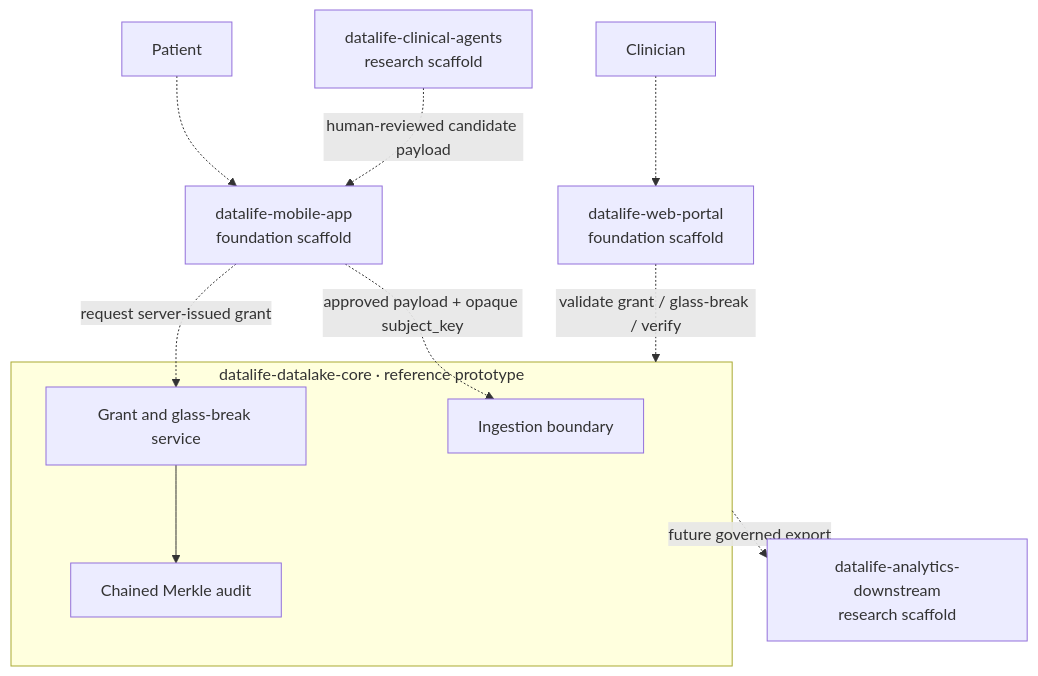
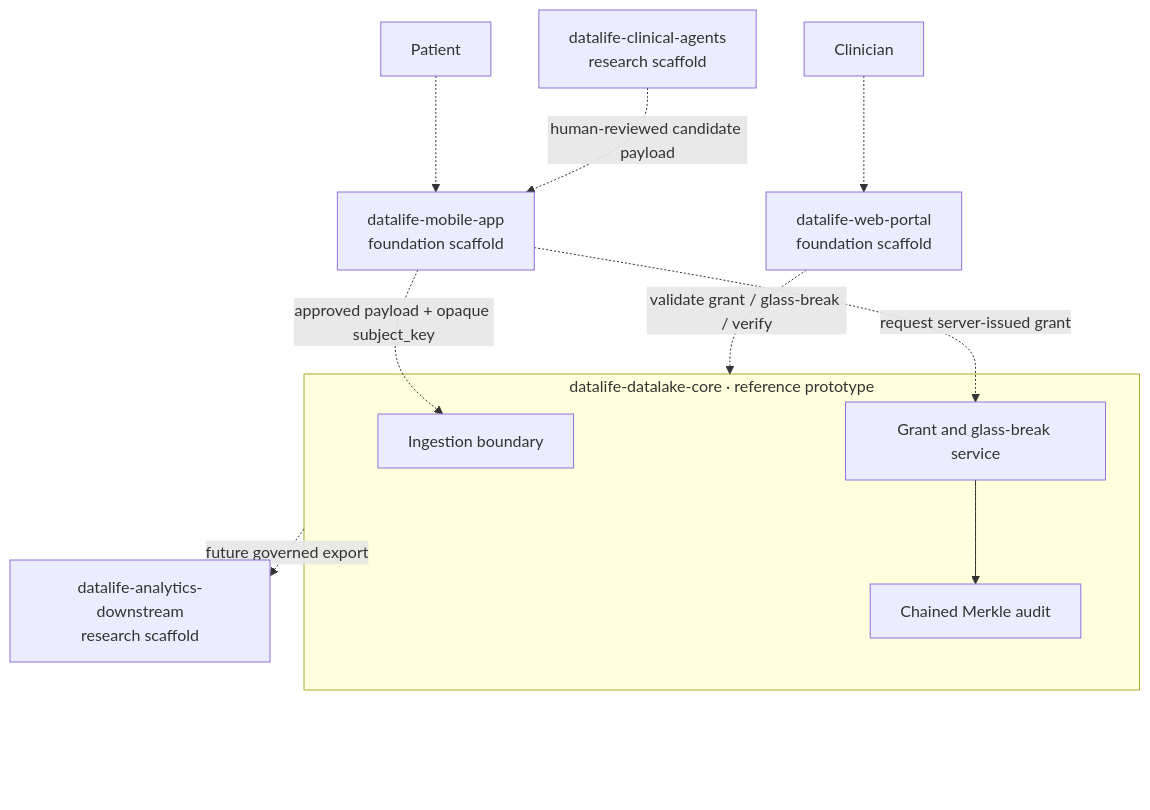
The diagram in profile/README.md (datalife-ehealth/.github), drawn with Mermaid before and after one commit. The commit also changed other lines of this file, not shown here.

Commit message:
docs: refine diagram layout and contributor links

````diff
--- a/profile/README.md
+++ b/profile/README.md
@@ -58,21 +58,27 @@
 ```mermaid
+%%{init: {"flowchart": {"diagramPadding": 32, "nodeSpacing": 48, "rankSpacing": 56}}}%%
 flowchart TB
     Patient[Patient] -.-> Mobile["datalife-mobile-app<br/>foundation scaffold"]
     Clinician[Clinician] -.-> Web["datalife-web-portal<br/>foundation scaffold"]
 
     subgraph CoreRepo["datalife-datalake-core · reference prototype"]
         Ingest[Ingestion boundary]
         Grants[Grant and glass-break service]
         Audit[Chained Merkle audit]
         Grants --> Audit
     end
 
     Mobile -. "approved payload + opaque subject_key" .-> Ingest
     Mobile -. "request server-issued grant" .-> Grants
     Web -. "validate grant / glass-break / verify" .-> CoreRepo
 
     Agents["datalife-clinical-agents<br/>research scaffold"]
     Analytics["datalife-analytics-downstream<br/>research scaffold"]
     Agents -. "human-reviewed candidate payload" .-> Mobile
     CoreRepo -. "future governed export" .-> Analytics
+
+    Analytics ~~~ ViewerControlSafeArea["viewer controls safe area"]
+    Audit ~~~ ViewerControlSafeArea
+    classDef layoutSpacer fill:transparent,stroke:transparent,color:transparent;
+    class ViewerControlSafeArea layoutSpacer;
 ```
````
